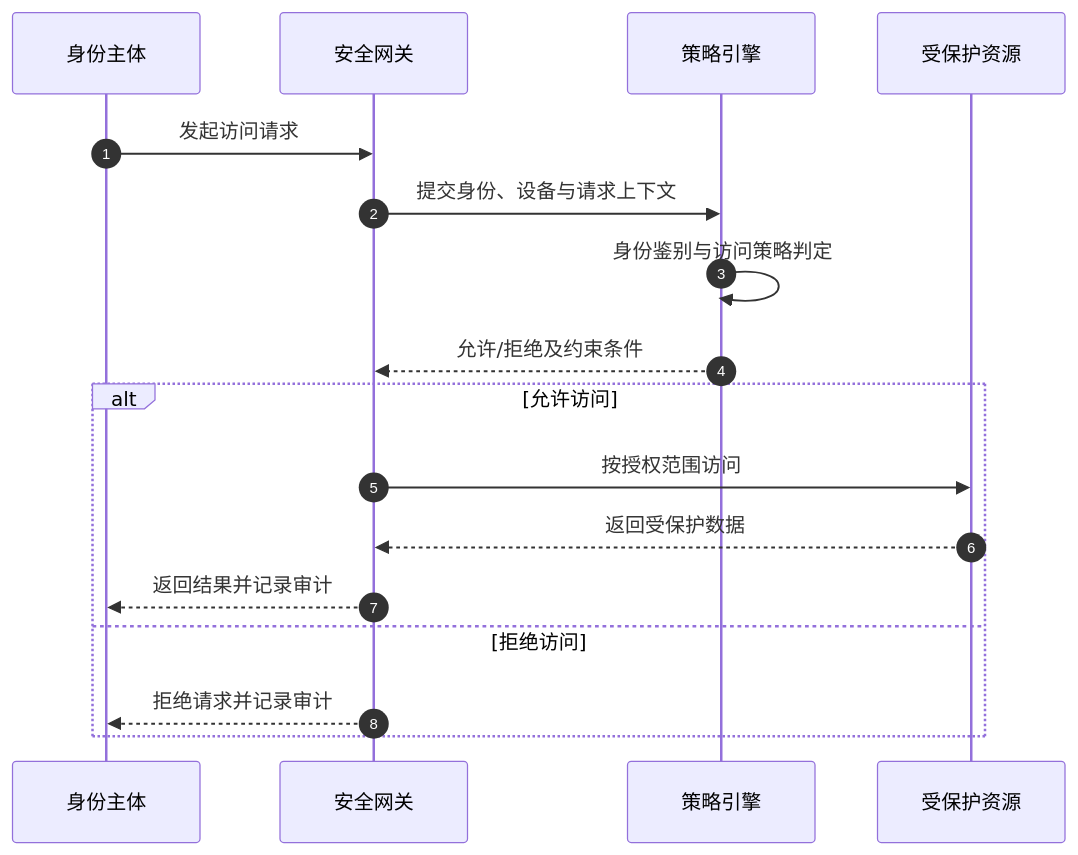
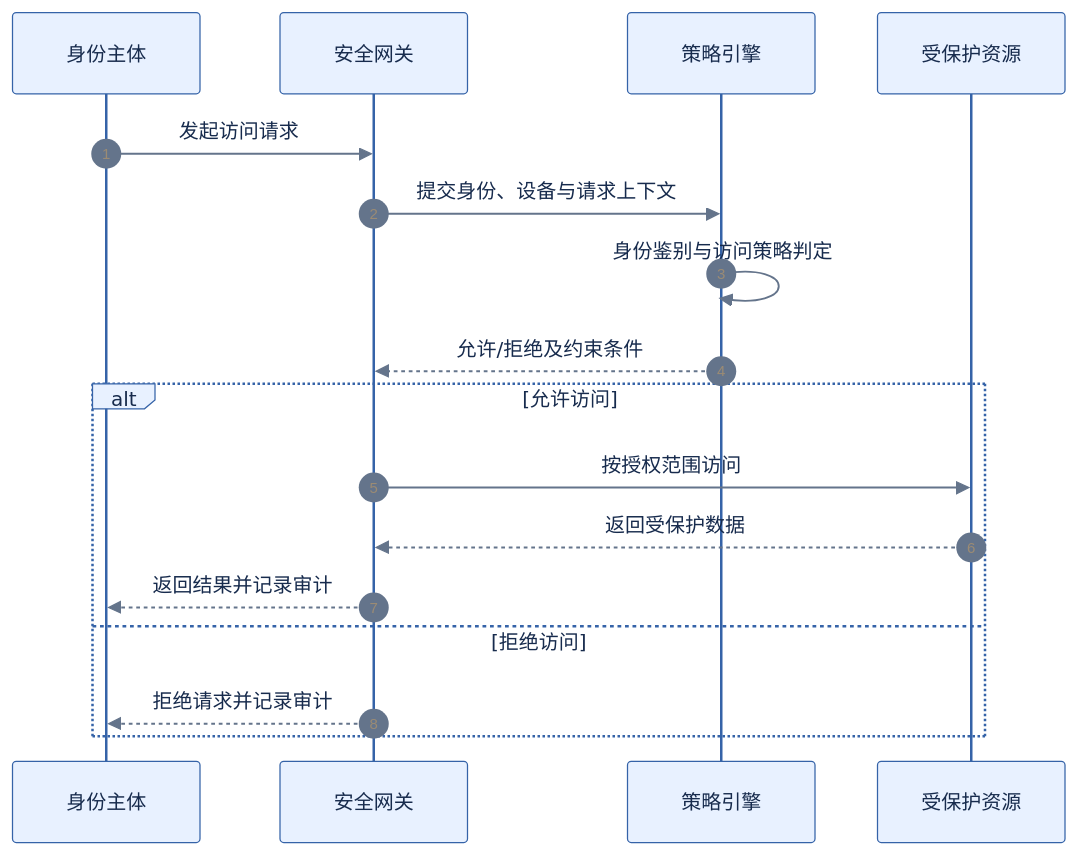
Before and after one commit to mingf423/ruankao: diagram 40 of 43 in docs/system-architecture-designer/01_官方大纲与考试政策/02_案例分析大纲脑图.md, drawn with Mermaid. The commit also changed other lines of this file, not shown here.

Commit message:
Group leaf topics and refine diagram hierarchy

````diff
--- a/docs/system-architecture-designer/01_官方大纲与考试政策/02_案例分析大纲脑图.md
+++ b/docs/system-architecture-designer/01_官方大纲与考试政策/02_案例分析大纲脑图.md
@@ -928,19 +979,20 @@
 ```mermaid
+%%{init: {'theme':'base','themeVariables': {'background':'#ffffff','primaryColor':'#e8f1ff','primaryTextColor':'#172b4d','primaryBorderColor':'#3563a8','lineColor':'#64748b','actorBkg':'#e8f1ff','actorBorder':'#3563a8','actorTextColor':'#172b4d','signalColor':'#64748b','signalTextColor':'#172b4d','noteBkgColor':'#fff5df','noteTextColor':'#49330d','activationBkgColor':'#eaf6ef','activationBorderColor':'#43845b'}}}%%
 sequenceDiagram
   autonumber
   participant I as 身份主体
   participant G as 安全网关
   participant P as 策略引擎
   participant R as 受保护资源
   I->>G: 发起访问请求
   G->>P: 提交身份、设备与请求上下文
   P->>P: 身份鉴别与访问策略判定
   P-->>G: 允许/拒绝及约束条件
   alt 允许访问
     G->>R: 按授权范围访问
     R-->>G: 返回受保护数据
     G-->>I: 返回结果并记录审计
   else 拒绝访问
     G-->>I: 拒绝请求并记录审计
   end
 ```
````
